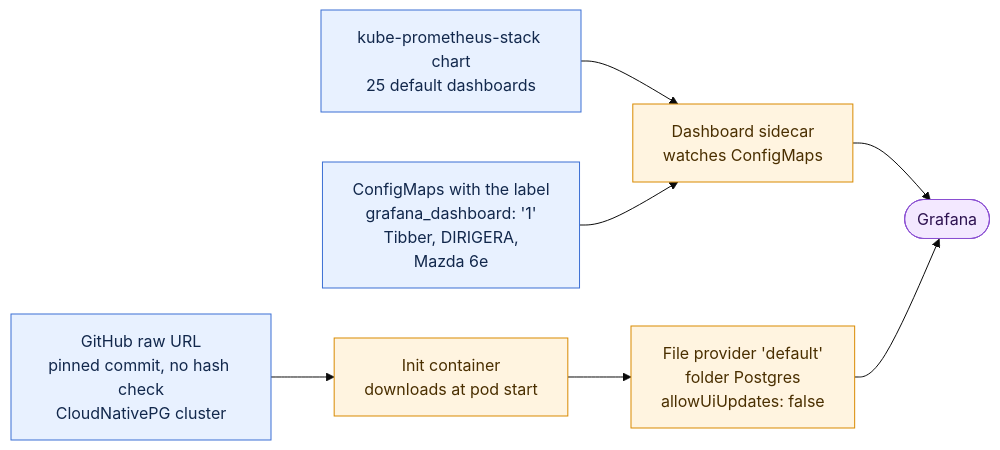
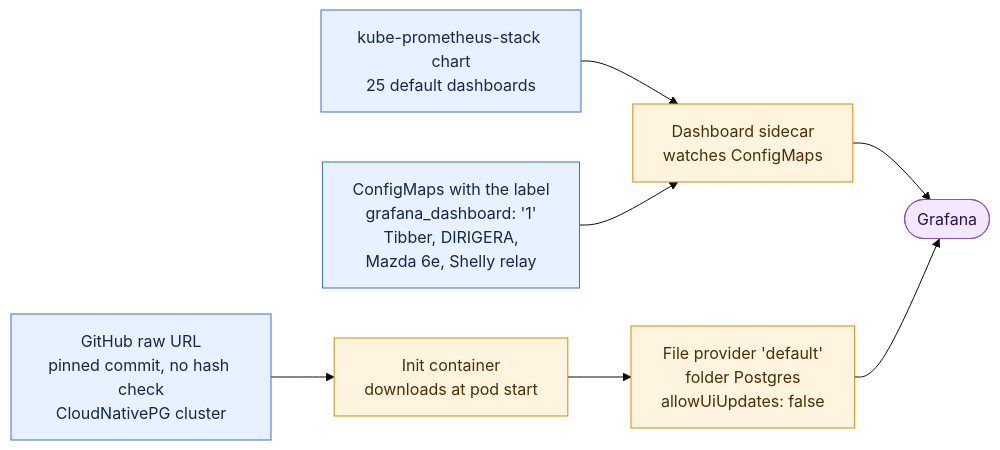
One commit to Yornik/sharkshere-gitops changed the second of 3 diagrams in docs/tech/monitoring.md. Above: the diagram before and after it, drawn with Mermaid (base theme). The commit also changed other lines of this file and 9 other files, not shown here.

First line of the commit message:
feat(shelly-bridge): deploy the read-only Shelly exporter and its dashboard

````diff
--- a/docs/tech/monitoring.md
+++ b/docs/tech/monitoring.md
@@ -314,22 +323,22 @@
 ```mermaid
 flowchart LR
   classDef src fill:#e8f1ff,stroke:#3b6fd4,color:#12284c
   classDef mech fill:#fff4e0,stroke:#d98a00,color:#4a2f00
   classDef ui fill:#f3e8ff,stroke:#8a4fd1,color:#2d1250
 
   Chart["kube-prometheus-stack chart<br/>25 default dashboards"]:::src
-  CM["ConfigMaps with the label<br/>grafana_dashboard: '1'<br/>Tibber, DIRIGERA,<br/>Mazda 6e"]:::src
+  CM["ConfigMaps with the label<br/>grafana_dashboard: '1'<br/>Tibber, DIRIGERA,<br/>Mazda 6e, Shelly relay"]:::src
   URL["GitHub raw URL<br/>pinned commit, no hash check<br/>CloudNativePG cluster"]:::src
 
   Side["Dashboard sidecar<br/>watches ConfigMaps"]:::mech
   Init["Init container<br/>downloads at pod start"]:::mech
   Prov["File provider 'default'<br/>folder Postgres<br/>allowUiUpdates: false"]:::mech
 
   Graf(["Grafana"]):::ui
 
   Chart --> Side
   CM --> Side
   URL --> Init --> Prov
   Side --> Graf
   Prov --> Graf
 ```
````
